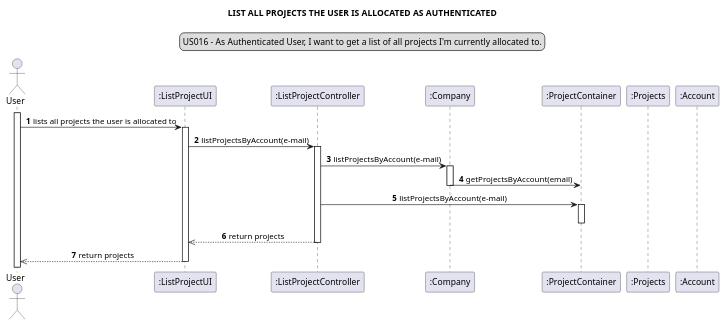
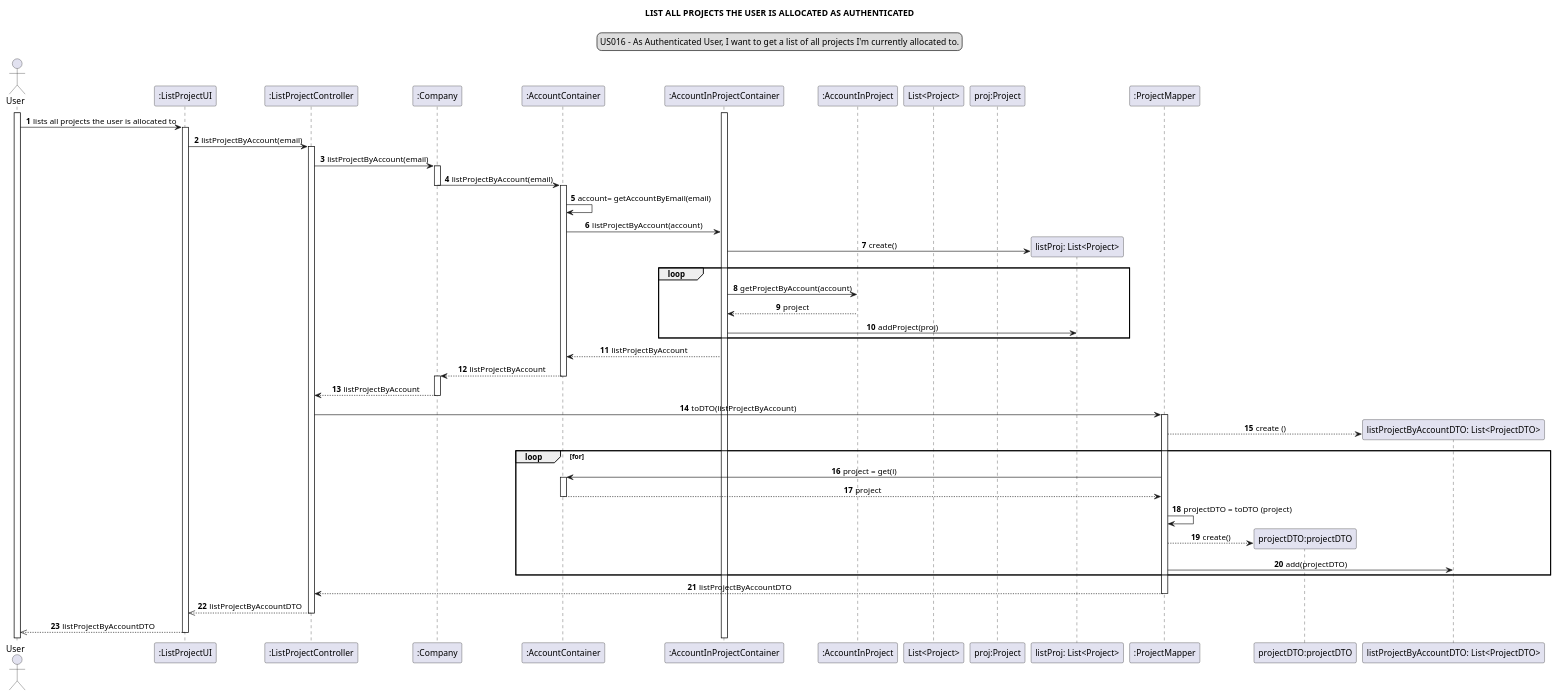
Before and after one commit to Loracline/project_switch_22-23: the diagram in docs/modelling_design/user_stories/us016/US016_sequenceDiagram.puml, drawn with PlantUML. The commit also changed 1 other file, not shown here.

Commit message:
US 016: design: update class diagram and sequence diagram half way

```diff
--- a/docs/modelling_design/user_stories/us016/US016_sequenceDiagram.puml
+++ b/docs/modelling_design/user_stories/us016/US016_sequenceDiagram.puml
@@ -1,34 +1,69 @@
 @startuml
 skinparam sequenceMessageAlign center
 title LIST ALL PROJECTS THE USER IS ALLOCATED AS AUTHENTICATED
 legend top
 US016 - As Authenticated User, I want to get a list of all projects I'm currently allocated to.
 end legend
 autonumber
 actor User
 participant ":ListProjectUI" as ui
 participant ":ListProjectController" as controller
 participant ":Company" as company
-participant ":ProjectContainer" as container
-participant ":Projects" as project
-participant ":Account" as account
+participant ":AccountContainer" as container
+participant ":AccountInProjectContainer" as aipc
+participant ":AccountInProject" as aip
+participant "List<Project>"
+participant "proj:Project"
+participant "listProj: List<Project>" as list
+participant ":ProjectMapper" as mapper
+participant "projectDTO:projectDTO" as DTO
+participant "listProjectByAccountDTO: List<ProjectDTO>" as listdto
+
 
 activate User
 User -> ui: lists all projects the user is allocated to
 activate ui
-ui -> controller: listProjectsByAccount(e-mail)
+ui -> controller: listProjectByAccount(email)
 activate controller
-controller -> company: listProjectsByAccount(e-mail)
+controller -> company: listProjectByAccount(email)
 activate company
-company -> container: getProjectsByAccount(email)
+company -> container: listProjectByAccount(email)
 deactivate company
-controller -> container: listProjectsByAccount(e-mail)
-
 activate container
+container ->container: account= getAccountByEmail(email)
+container -> aipc: listProjectByAccount(account)
+create list
+aipc -> list :create()
+loop
+aipc -> aip : getProjectByAccount(account)
+aip --> aipc : project
+aipc -> list : addProject(proj)
+end loop
+activate aipc
+aipc --> container : listProjectByAccount
+container--> company : listProjectByAccount
 deactivate container
-controller -->> ui: return projects
+activate company
+company --> controller : listProjectByAccount
+deactivate company
+controller -> mapper: toDTO(listProjectByAccount)
+activate mapper
+create listdto
+mapper --> listdto : create ()
+loop for
+mapper -> container: project = get(i)
+activate container
+container --> mapper: project
+deactivate container
+mapper -> mapper : projectDTO = toDTO (project)
+create DTO
+mapper --> DTO : create()
+mapper ->listdto :add(projectDTO)
+end loop
+mapper --> controller :listProjectByAccountDTO
+deactivate mapper
+controller -->> ui: listProjectByAccountDTO
 deactivate controller
-ui -->>User: return projects
+ui -->> User: listProjectByAccountDTO
 deactivate ui
-
 @enduml
```
